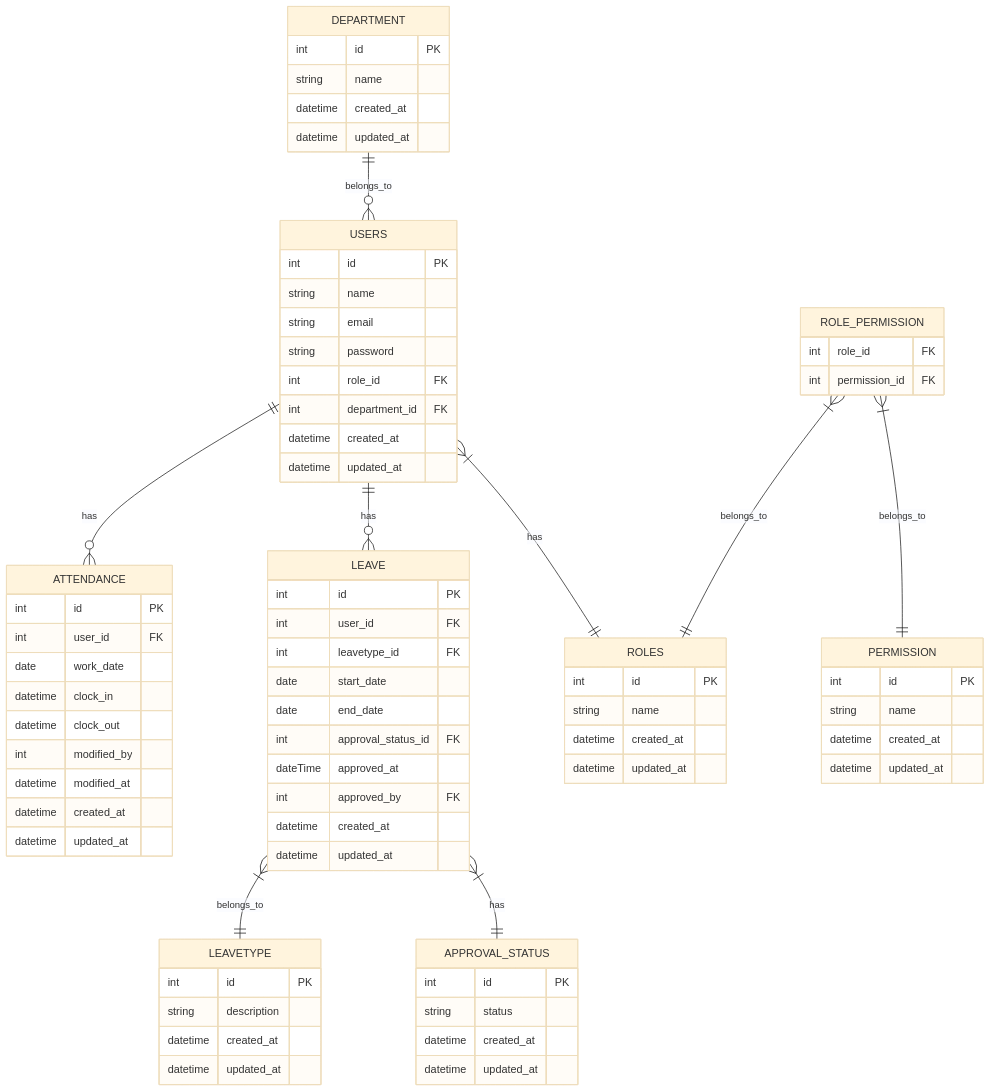
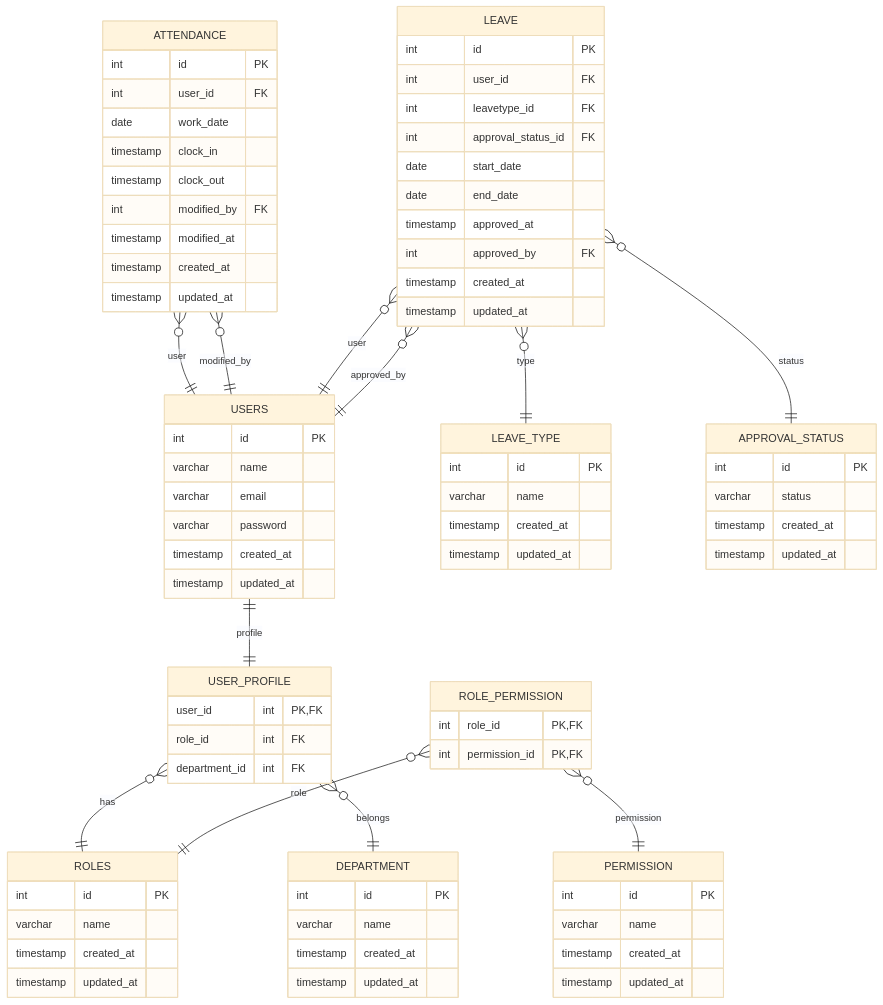
The first of 2 diagrams in 要件定義.md (user-1333/harry-inoue-educure-app), drawn with Mermaid (base theme) before and after one commit. The commit also changed 29 other files, not shown here.

```````diff
--- a/要件定義.md
+++ b/要件定義.md
@@ -46,79 +46,97 @@
 ```mermaid
 erDiagram
+
     USERS {
-        int id PK 
-        string name 
-        string email
-        string password
-        int role_id FK
-        int department_id FK
-        datetime created_at
-        datetime updated_at
+        int id PK
+        varchar name
+        varchar email
+        varchar password
+        timestamp created_at
+        timestamp updated_at
+    }
+    USER_PROFILE {
+        user_id int PK, FK
+        role_id int FK
+        department_id int FK
     }
     ROLES {
         int id PK
-        string name
-        datetime created_at
-        datetime updated_at
+        varchar name
+        timestamp created_at
+        timestamp updated_at
     }
-    ROLE_PERMISSION {
-        int role_id FK
-        int permission_id FK
-    }
+
     PERMISSION {
         int id PK
-        string name
-        datetime created_at
-        datetime updated_at
+        varchar name
+        timestamp created_at
+        timestamp updated_at
     }
+
+    ROLE_PERMISSION {
+        int role_id PK, FK
+        int permission_id PK, FK
+    }
+
     DEPARTMENT {
         int id PK
-        string name
-        datetime created_at
-        datetime updated_at
+        varchar name
+        timestamp created_at
+        timestamp updated_at
     }
+
     ATTENDANCE {
         int id PK
         int user_id FK
         date work_date
-        datetime clock_in
-        datetime clock_out
-        int modified_by
-        datetime modified_at
-        datetime created_at
-        datetime updated_at
+        timestamp clock_in
+        timestamp clock_out
+        int modified_by FK
+        timestamp modified_at
+        timestamp created_at
+        timestamp updated_at
     }
+
     LEAVE {
         int id PK
         int user_id FK
         int leavetype_id FK
+        int approval_status_id FK
         date start_date
         date end_date
-        int approval_status_id FK
-        dateTime approved_at
+        timestamp approved_at
         int approved_by FK
-        datetime created_at
-        datetime updated_at
+        timestamp created_at
+        timestamp updated_at
     }
+
+    LEAVE_TYPE {
+        int id PK
+        varchar name
+        timestamp created_at
+        timestamp updated_at
+    }
+
     APPROVAL_STATUS {
         int id PK
-        string status
-        datetime created_at
-        datetime updated_at
-    }
-    LEAVETYPE {
-        int id PK
-        string description
-        datetime created_at
-        datetime updated_at
+        varchar status
+        timestamp created_at
+        timestamp updated_at
     }
 
-    USERS ||--o{ ATTENDANCE : has
-    USERS ||--o{ LEAVE : has
-    LEAVE }|--|| LEAVETYPE : belongs_to
-    LEAVE }|--|| APPROVAL_STATUS : has
-    USERS }|--|| ROLES : has
-    ROLE_PERMISSION }|--|| ROLES : belongs_to
-    ROLE_PERMISSION }|--|| PERMISSION : belongs_to
-    DEPARTMENT ||--o{ USERS : belongs_to
+    USERS ||--|| USER_PROFILE : profile
+
+    USER_PROFILE }o--|| ROLES : has
+    USER_PROFILE }o--|| DEPARTMENT : belongs
+
+    ROLE_PERMISSION }o--|| ROLES : role
+    ROLE_PERMISSION }o--|| PERMISSION : permission
+
+    ATTENDANCE }o--|| USERS : user
+    ATTENDANCE }o--|| USERS : modified_by
+
+    LEAVE }o--|| USERS : user   
+    LEAVE }o--|| USERS : approved_by
+    LEAVE }o--|| LEAVE_TYPE : type
+    LEAVE }o--|| APPROVAL_STATUS : status
 ``````
```````
